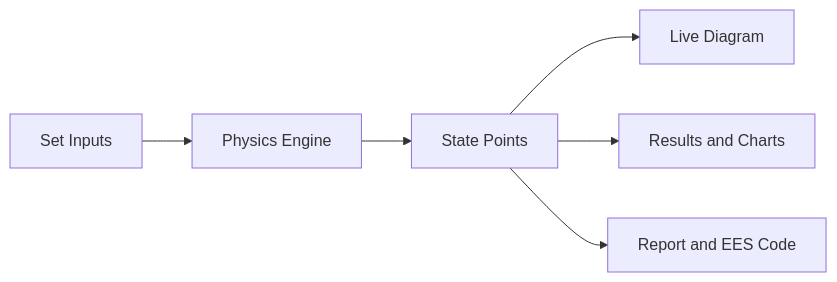
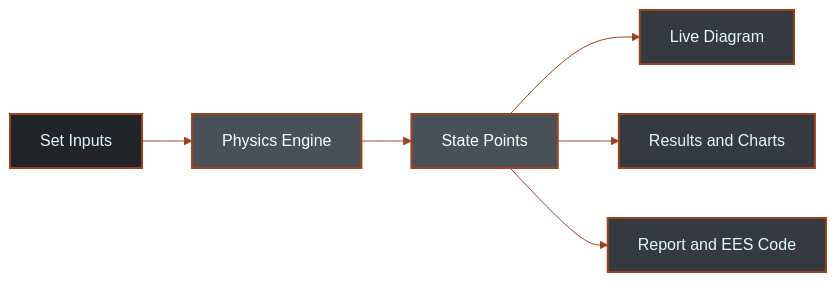
One commit to fraisasghar/TAS-Thermodynamic-Analysis-Studio changed the first of 2 diagrams in README.md. Above: the diagram before and after it, drawn with Mermaid. The commit also changed other lines of this file, not shown here.

````diff
--- a/README.md
+++ b/README.md
@@ -134,8 +139,17 @@
 ```mermaid
+%%{init: {'theme':'base', 'themeVariables': { 'primaryColor':'#495057', 'primaryTextColor':'#e0fbfc', 'primaryBorderColor':'#9c4221', 'lineColor':'#9c4221', 'secondaryColor':'#212529', 'tertiaryColor':'#343a40'}}}%%
 flowchart LR
     A[Set Inputs] --> B[Physics Engine]
     B --> C[State Points]
     C --> D[Live Diagram]
     C --> E[Results and Charts]
     C --> F[Report and EES Code]
+
+    classDef inputNode fill:#212529,stroke:#9c4221,stroke-width:2px,color:#e0fbfc
+    classDef coreNode fill:#495057,stroke:#9c4221,stroke-width:2px,color:#ffffff
+    classDef outputNode fill:#343a40,stroke:#9c4221,stroke-width:2px,color:#e0fbfc
+
+    class A inputNode
+    class B,C coreNode
+    class D,E,F outputNode
 ```
````
